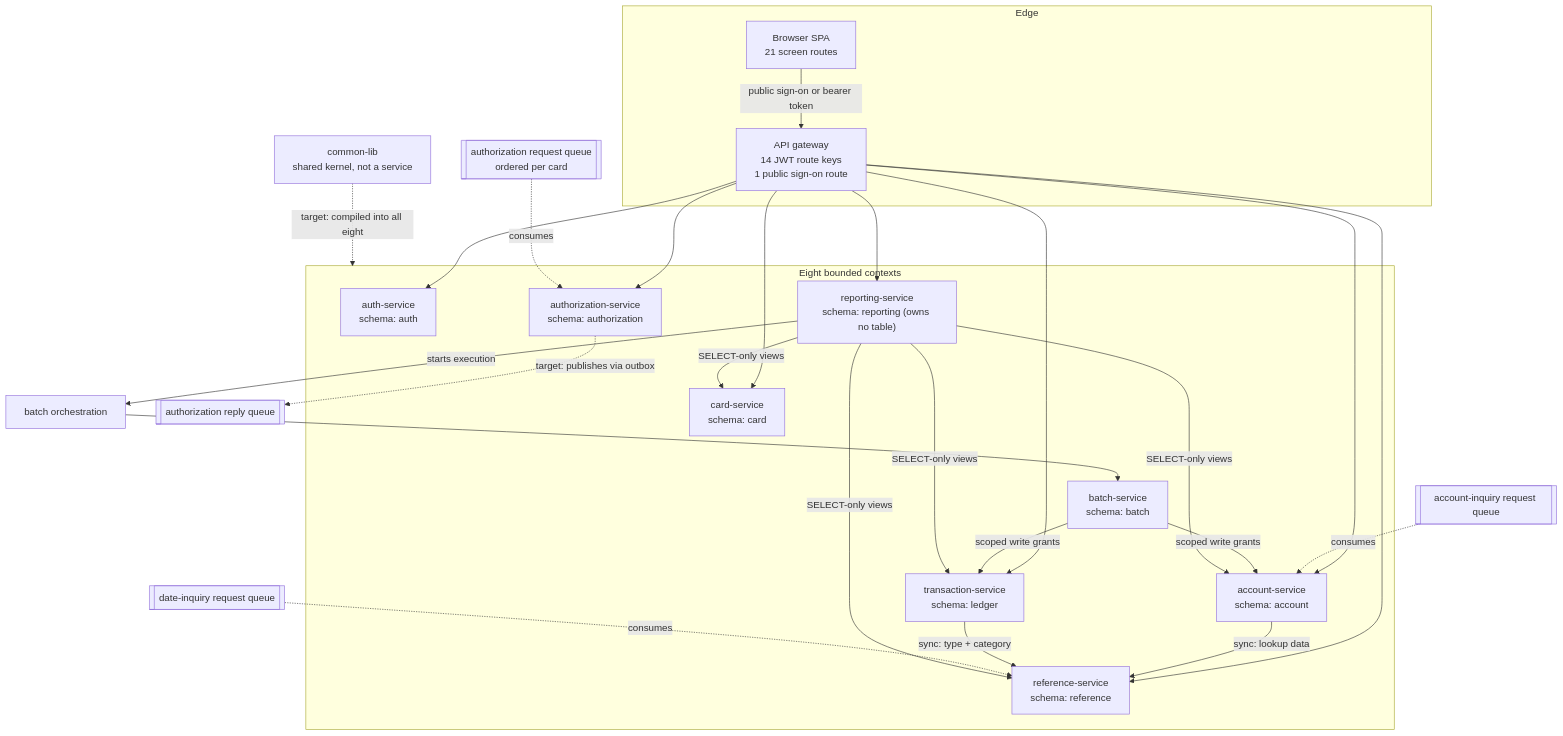
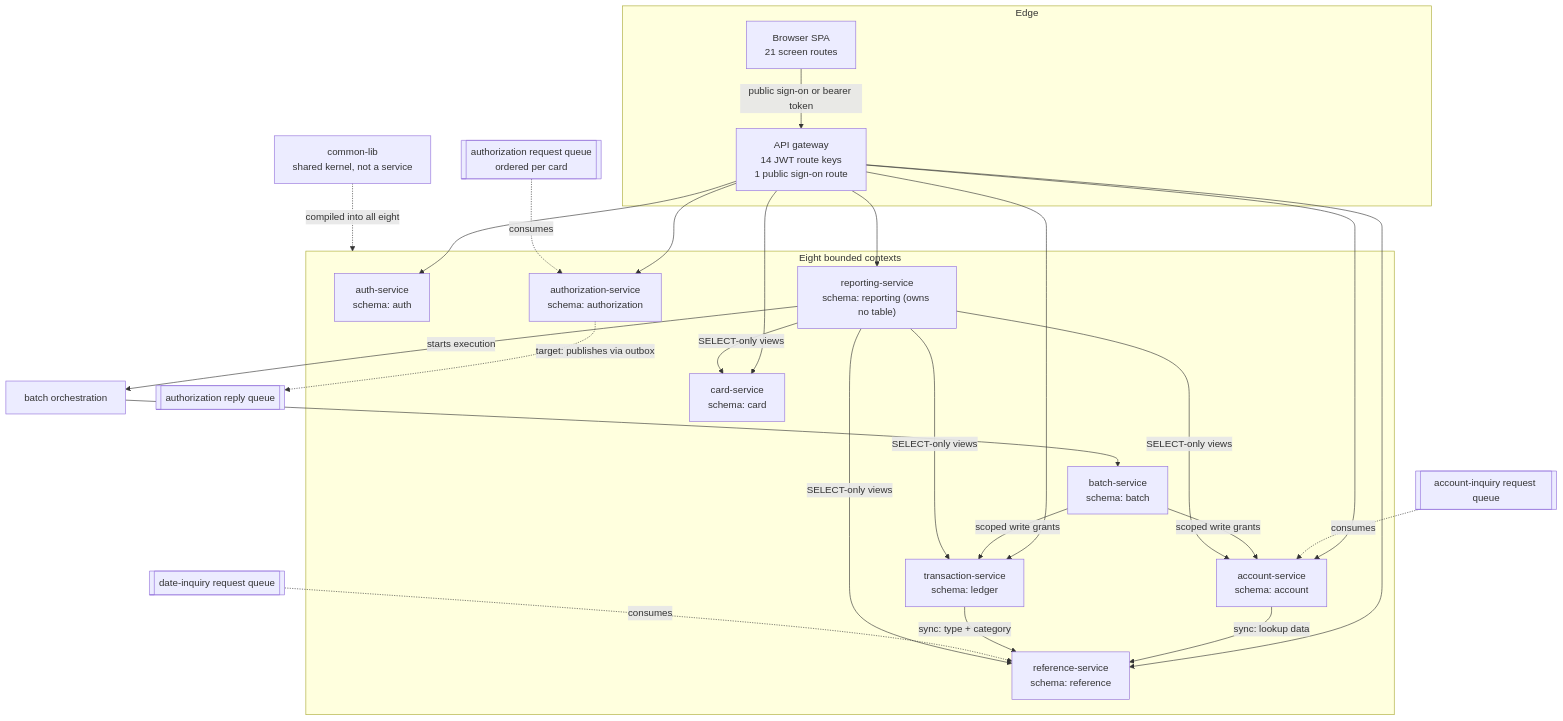
Before and after one commit to Blitzy-LocalStack/aws-mainframe-modernization-carddemo: the diagram in docs/architecture/service-catalog.md, drawn with Mermaid. The commit also changed other lines of this file and 71 other files, not shown here.

````diff
--- a/docs/architecture/service-catalog.md
+++ b/docs/architecture/service-catalog.md
@@ -1008,54 +1035,54 @@
 ```mermaid
 graph TB
     subgraph edge["Edge"]
         SPA["Browser SPA<br/>21 screen routes"]
         GW["API gateway<br/>14 JWT route keys<br/>1 public sign-on route"]
         SPA -->|"public sign-on or bearer token"| GW
     end
 
     subgraph contexts["Eight bounded contexts"]
         AUTH["auth-service<br/>schema: auth"]
         ACCT["account-service<br/>schema: account"]
         CARD["card-service<br/>schema: card"]
         TRAN["transaction-service<br/>schema: ledger"]
         REF["reference-service<br/>schema: reference"]
         BATCH["batch-service<br/>schema: batch"]
         AUTZ["authorization-service<br/>schema: authorization"]
         REPT["reporting-service<br/>schema: reporting (owns no table)"]
     end
 
     LIB["common-lib<br/>shared kernel, not a service"]
 
     GW --> AUTH
     GW --> ACCT
     GW --> CARD
     GW --> TRAN
     GW --> REF
     GW --> AUTZ
     GW --> REPT
 
     ACCT -->|"sync: lookup data"| REF
     TRAN -->|"sync: type + category"| REF
 
     RQ[["authorization request queue<br/>ordered per card"]] -.->|consumes| AUTZ
     AUTZ -.->|"target: publishes via outbox"| RP[["authorization reply queue"]]
     AIQ[["account-inquiry request queue"]] -.->|consumes| ACCT
     DIQ[["date-inquiry request queue"]] -.->|consumes| REF
 
     ORCH["batch orchestration"] --> BATCH
     BATCH -->|"scoped write grants"| TRAN
     BATCH -->|"scoped write grants"| ACCT
     REPT -->|"SELECT-only views"| TRAN
     REPT -->|"SELECT-only views"| ACCT
     REPT -->|"SELECT-only views"| CARD
     REPT -->|"SELECT-only views"| REF
     REPT -->|"starts execution"| ORCH
 
-    LIB -.->|"target: compiled into all eight"| contexts
+    LIB -.->|"compiled into all eight"| contexts
 %% Solid edges are synchronous or transactional; dashed edges are asynchronous or
-%% build-time target relationships. The two BATCH edges are the single documented exception to
+%% build-time relationships. The two BATCH edges are the single documented exception to
 %% database-per-service ownership, and they are write grants on two named schemas
 %% rather than service-to-service calls. The four REPT edges are the four SELECT-only
 %% grants in data-migration/sql/V0__schemas_and_roles.sql section 5 -- ledger,
 %% account, card and reference -- and no other schema is reachable from REPT.
 ```
````
